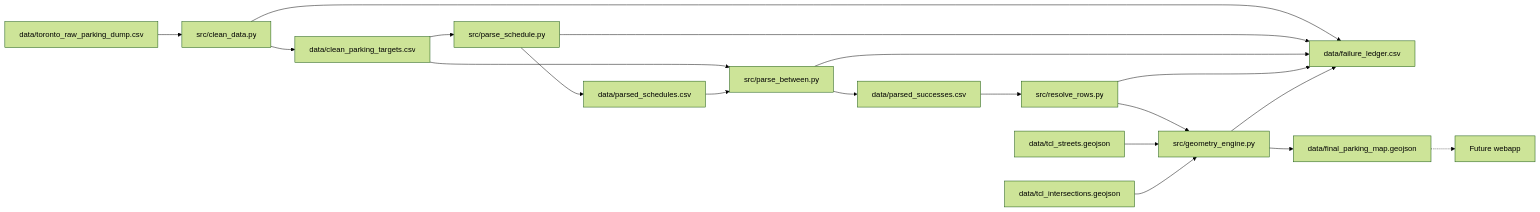
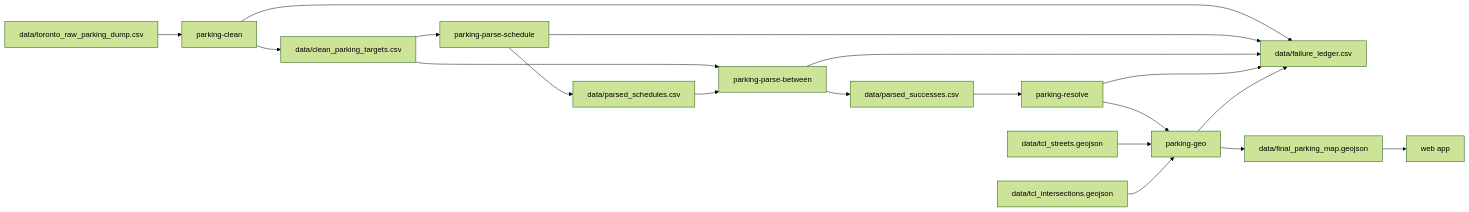
Before and after one commit to JoeHershkie/parkking-pipeline: the diagram in pipeline/docs/README.md, drawn with Mermaid (forest theme). The commit also changed other lines of this file and 2 other files, not shown here.

````diff
--- a/pipeline/docs/README.md
+++ b/pipeline/docs/README.md
@@ -23,34 +20,34 @@
 ```mermaid
 flowchart LR
   raw[data/toronto_raw_parking_dump.csv]
-  clean[src/clean_data.py]
+  clean[parking-clean]
   targets[data/clean_parking_targets.csv]
-  parseSched[src/parse_schedule.py]
+  parseSched[parking-parse-schedule]
   schedules[data/parsed_schedules.csv]
-  parse[src/parse_between.py]
-  resolve[src/resolve_rows.py]
+  parse[parking-parse-between]
+  resolve[parking-resolve]
   success[data/parsed_successes.csv]
   ledger[data/failure_ledger.csv]
-  geo[src/geometry_engine.py]
+  geo[parking-geo]
   tclStreets[data/tcl_streets.geojson]
   tclX[data/tcl_intersections.geojson]
   map[data/final_parking_map.geojson]
-  webapp[Future webapp]
+  webapp[web app]
 
   raw --> clean --> targets
   targets --> parseSched --> schedules
   targets --> parse
   schedules --> parse
   parse --> success
   success --> resolve
   resolve --> geo
   clean --> ledger
   parseSched --> ledger
   parse --> ledger
   resolve --> ledger
   tclStreets --> geo
   tclX --> geo
   geo --> ledger
   geo --> map
-  map -.-> webapp
+  map --> webapp
 ```
````
